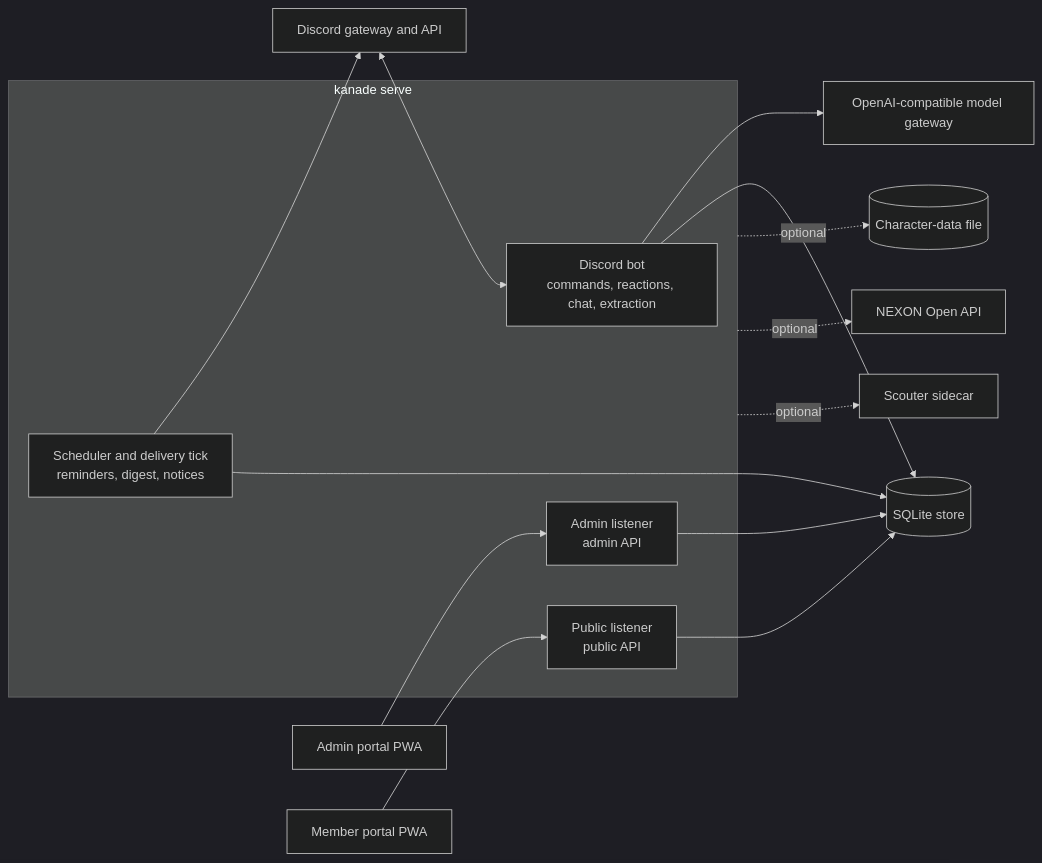
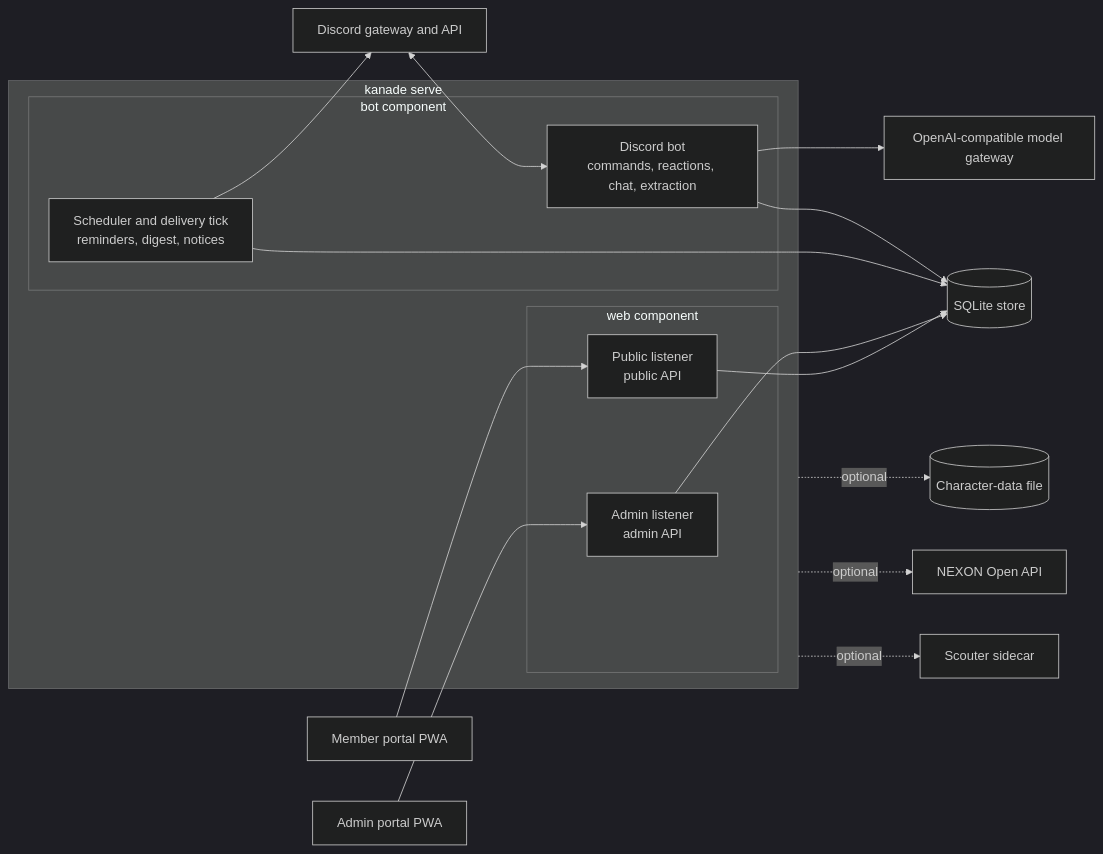
The diagram in README.md (hoshinoht/kanade-bot), drawn with Mermaid (dark theme) before and after one commit. The commit also changed other lines of this file and 1 other file, not shown here.

First line of the commit message:
docs: describe the workspace crates and the bot/web split

````diff
--- a/README.md
+++ b/README.md
@@ -78,30 +78,34 @@
 ```mermaid
 flowchart LR
   discord["Discord gateway and API"]
   subgraph serve["kanade serve"]
-    bot["Discord bot<br/>commands, reactions, chat, extraction"]
-    tick["Scheduler and delivery tick<br/>reminders, digest, notices"]
-    adminl["Admin listener<br/>admin API"]
-    publicl["Public listener<br/>public API"]
+    subgraph botc["bot component"]
+      bot["Discord bot<br/>commands, reactions, chat, extraction"]
+      tick["Scheduler and delivery tick<br/>reminders, digest, notices"]
+    end
+    subgraph webc["web component"]
+      adminl["Admin listener<br/>admin API"]
+      publicl["Public listener<br/>public API"]
+    end
   end
   store[("SQLite store")]
   llm["OpenAI-compatible model gateway"]
   adminapp["Admin portal PWA"]
   memberapp["Member portal PWA"]
   chardata[("Character-data file")]
   nexon["NEXON Open API"]
   scouter["Scouter sidecar"]
 
   discord <--> bot
   tick --> discord
   bot --> llm
   bot --> store
   tick --> store
   adminl --> store
   publicl --> store
   adminapp --> adminl
   memberapp --> publicl
   serve -. optional .-> chardata
   serve -. optional .-> nexon
   serve -. optional .-> scouter
 ```
````
